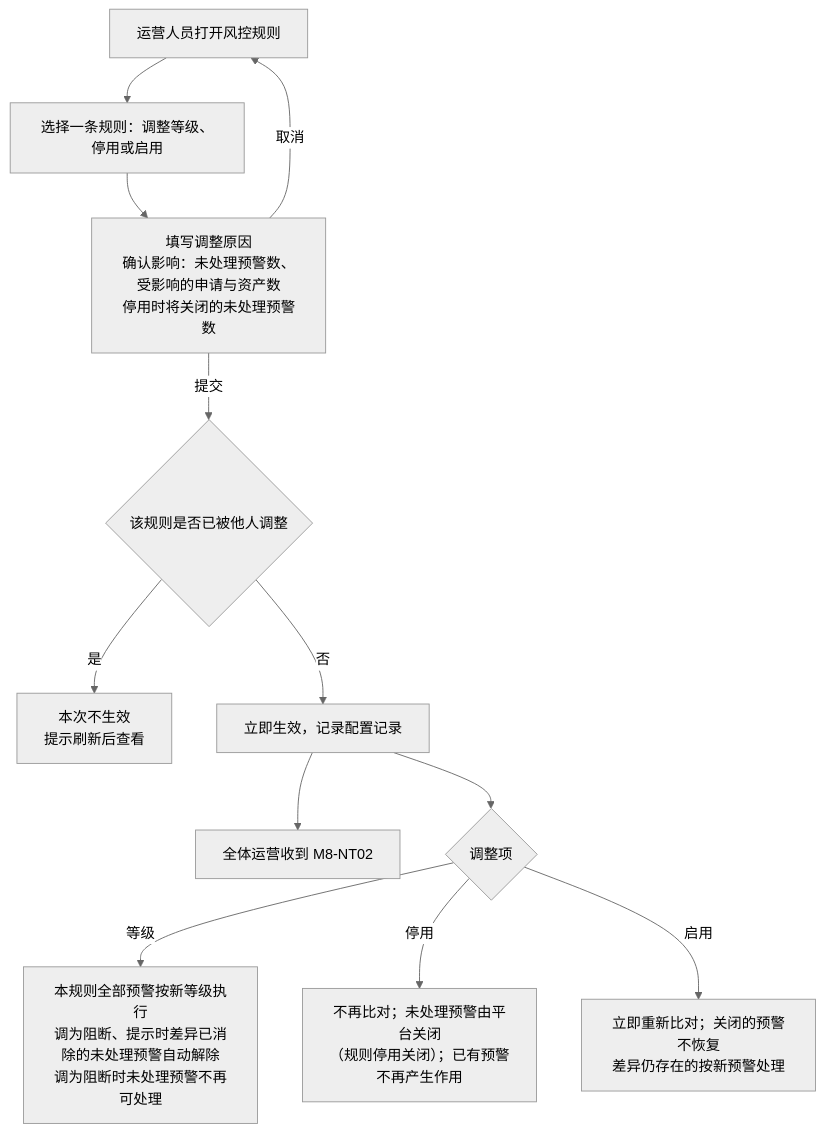
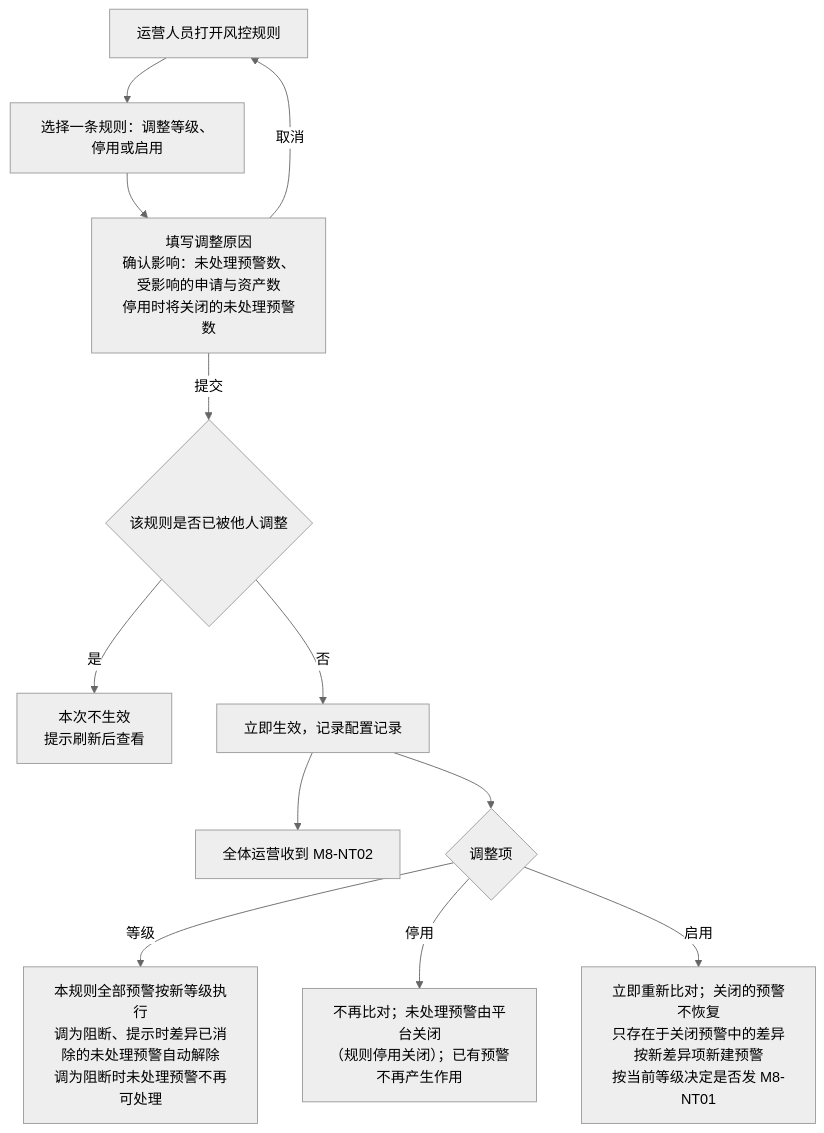
One commit to wxblockchain/Chain-Financing changed the seventh of 7 diagrams in asset-trust-platform/PRD/运营端/M8-风控预警/02-风控预警-流程图与状态机.md. Above: the diagram before and after it, drawn with Mermaid (neutral theme). The commit also changed other lines of this file and 4 other files, not shown here.

````diff
--- a/asset-trust-platform/PRD/运营端/M8-风控预警/02-风控预警-流程图与状态机.md
+++ b/asset-trust-platform/PRD/运营端/M8-风控预警/02-风控预警-流程图与状态机.md
@@ -131,14 +131,14 @@
 ```mermaid
 flowchart TD
     A[运营人员打开风控规则] --> B[选择一条规则：调整等级、停用或启用]
     B --> C[填写调整原因<br/>确认影响：未处理预警数、受影响的申请与资产数<br/>停用时将关闭的未处理预警数]
     C -->|取消| A
     C -->|提交| D{该规则是否已被他人调整}
     D -->|是| D1[本次不生效<br/>提示刷新后查看]
     D -->|否| E[立即生效，记录配置记录]
     E --> F[全体运营收到 M8-NT02]
     E --> G{调整项}
     G -->|等级| H[本规则全部预警按新等级执行<br/>调为阻断、提示时差异已消除的未处理预警自动解除<br/>调为阻断时未处理预警不再可处理]
     G -->|停用| I[不再比对；未处理预警由平台关闭<br/>（规则停用关闭）；已有预警不再产生作用]
-    G -->|启用| J[立即重新比对；关闭的预警不恢复<br/>差异仍存在的按新预警处理]
+    G -->|启用| J[立即重新比对；关闭的预警不恢复<br/>只存在于关闭预警中的差异按新差异项新建预警<br/>按当前等级决定是否发 M8-NT01]
 ```
````
